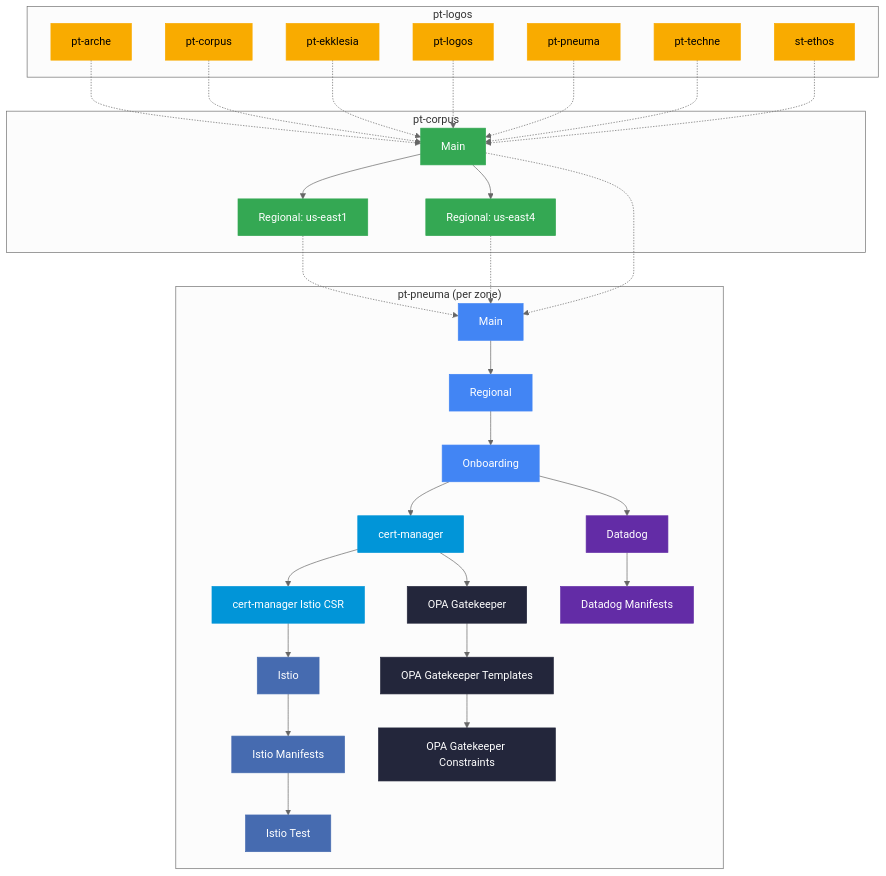
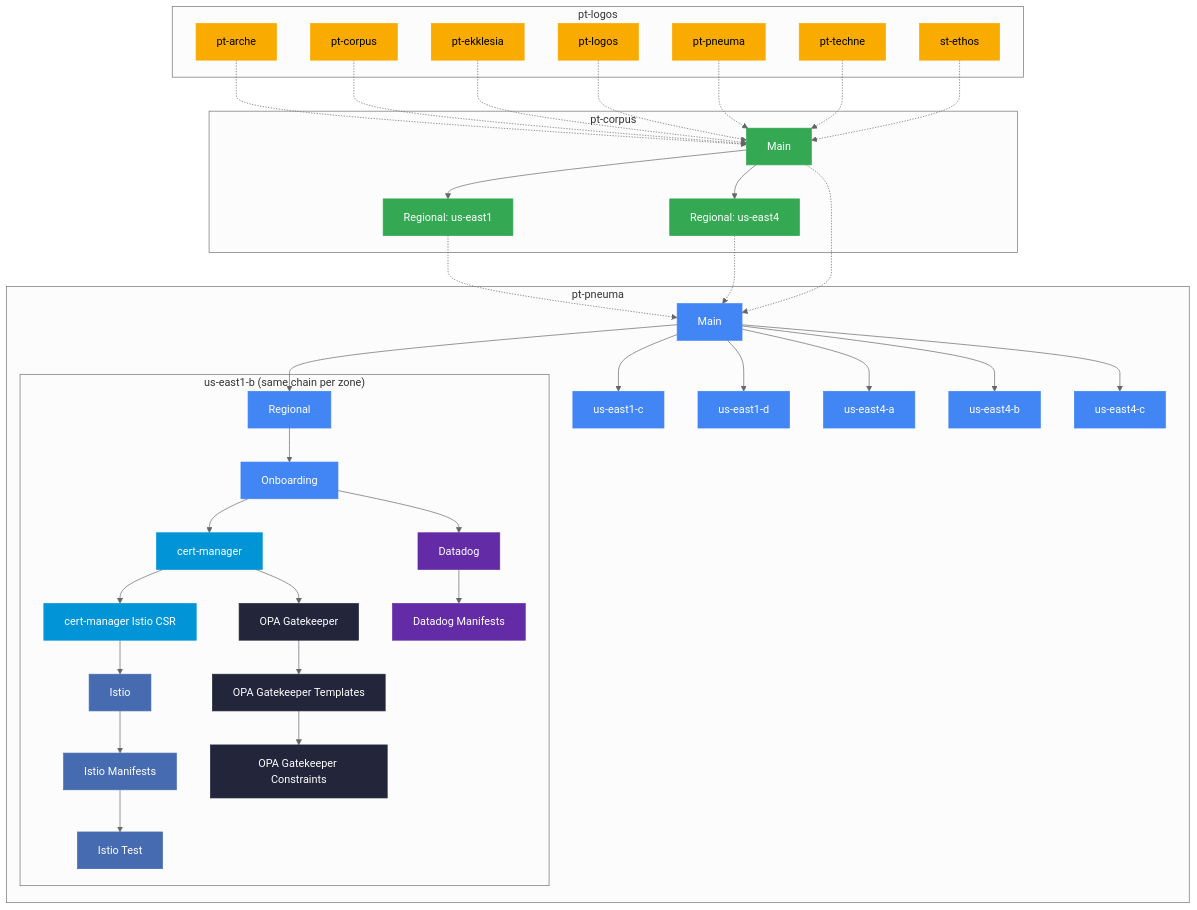
The diagram in README.md (osinfra-io/pt-logos), drawn with Mermaid (neutral theme) before and after one commit. The commit also changed other lines of this file, not shown here.

Commit message:
Show multi-zone fan-out in pneuma deployment diagram
Pneuma main fans out to 6 zones in parallel (production) or
2 zones (sandbox/non-production). Expand us-east1-b to show
the full per-zone dependency chain; other zones shown as
collapsed nodes following the same pattern.

```diff
--- a/README.md
+++ b/README.md
@@ -61,33 +61,48 @@
         corpus_main --> corpus_us_east4
     end
 
-    subgraph pneuma ["pt-pneuma (per zone)"]
+    subgraph pneuma ["pt-pneuma"]
         pneuma_main["Main"]:::gke
-        pneuma_zone["Regional"]:::gke
-        pneuma_onboarding["Onboarding"]:::gke
-        pneuma_cert_manager["cert-manager"]:::certmanager
-        pneuma_cert_manager_istio_csr["cert-manager Istio CSR"]:::certmanager
-        pneuma_istio["Istio"]:::istio
-        pneuma_istio_manifests["Istio Manifests"]:::istio
-        pneuma_istio_test["Istio Test"]:::istio
-        pneuma_datadog["Datadog"]:::datadog
-        pneuma_datadog_manifests["Datadog Manifests"]:::datadog
-        pneuma_opa_gatekeeper["OPA Gatekeeper"]:::opa
-        pneuma_opa_templates["OPA Gatekeeper Templates"]:::opa
-        pneuma_opa_constraints["OPA Gatekeeper Constraints"]:::opa
 
-        pneuma_main --> pneuma_zone
-        pneuma_zone --> pneuma_onboarding
-        pneuma_onboarding --> pneuma_cert_manager
-        pneuma_onboarding --> pneuma_datadog
-        pneuma_cert_manager --> pneuma_cert_manager_istio_csr
-        pneuma_cert_manager --> pneuma_opa_gatekeeper
-        pneuma_cert_manager_istio_csr --> pneuma_istio
-        pneuma_istio --> pneuma_istio_manifests
-        pneuma_istio_manifests --> pneuma_istio_test
-        pneuma_datadog --> pneuma_datadog_manifests
-        pneuma_opa_gatekeeper --> pneuma_opa_templates
-        pneuma_opa_templates --> pneuma_opa_constraints
+        subgraph us_east1_b ["us-east1-b (same chain per zone)"]
+            zone_regional["Regional"]:::gke
+            zone_onboarding["Onboarding"]:::gke
+            zone_cert_manager["cert-manager"]:::certmanager
+            zone_cert_manager_istio_csr["cert-manager Istio CSR"]:::certmanager
+            zone_istio["Istio"]:::istio
+            zone_istio_manifests["Istio Manifests"]:::istio
+            zone_istio_test["Istio Test"]:::istio
+            zone_datadog["Datadog"]:::datadog
+            zone_datadog_manifests["Datadog Manifests"]:::datadog
+            zone_opa_gatekeeper["OPA Gatekeeper"]:::opa
+            zone_opa_templates["OPA Gatekeeper Templates"]:::opa
+            zone_opa_constraints["OPA Gatekeeper Constraints"]:::opa
+
+            zone_regional --> zone_onboarding
+            zone_onboarding --> zone_cert_manager
+            zone_onboarding --> zone_datadog
+            zone_cert_manager --> zone_cert_manager_istio_csr
+            zone_cert_manager --> zone_opa_gatekeeper
+            zone_cert_manager_istio_csr --> zone_istio
+            zone_istio --> zone_istio_manifests
+            zone_istio_manifests --> zone_istio_test
+            zone_datadog --> zone_datadog_manifests
+            zone_opa_gatekeeper --> zone_opa_templates
+            zone_opa_templates --> zone_opa_constraints
+        end
+
+        pneuma_us_east1_c["us-east1-c"]:::gke
+        pneuma_us_east1_d["us-east1-d"]:::gke
+        pneuma_us_east4_a["us-east4-a"]:::gke
+        pneuma_us_east4_b["us-east4-b"]:::gke
+        pneuma_us_east4_c["us-east4-c"]:::gke
+
+        pneuma_main --> zone_regional
+        pneuma_main --> pneuma_us_east1_c
+        pneuma_main --> pneuma_us_east1_d
+        pneuma_main --> pneuma_us_east4_a
+        pneuma_main --> pneuma_us_east4_b
+        pneuma_main --> pneuma_us_east4_c
     end
 
     logos_arche -.-> corpus_main
```
